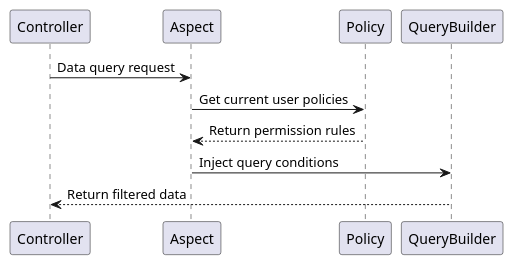
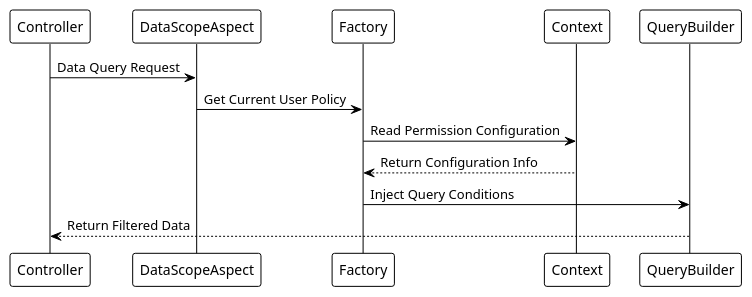
Before and after one commit to mineadmin/doc-v3: the third of 3 diagrams in docs/en/backend/data-permission/overview.md, drawn with PlantUML. The commit also changed other lines of this file and 225 other files, not shown here.

````diff
--- a/docs/en/backend/data-permission/overview.md
+++ b/docs/en/backend/data-permission/overview.md
@@ -82,14 +307,18 @@
-```plantuml  
-@startuml  
-participant Controller  
-participant Aspect  
-participant Policy  
-participant QueryBuilder  
+```plantuml
+@startuml
+!theme plain
 
-Controller -> Aspect: Data query request  
-Aspect -> Policy: Get current user policies  
-Policy --> Aspect: Return permission rules  
-Aspect -> QueryBuilder: Inject query conditions  
-QueryBuilder --> Controller: Return filtered data  
-@enduml  
+participant Controller
+participant DataScopeAspect  
+participant Factory
+participant Context
+participant QueryBuilder
+
+Controller -> DataScopeAspect: Data Query Request
+DataScopeAspect -> Factory: Get Current User Policy
+Factory -> Context: Read Permission Configuration
+Context --> Factory: Return Configuration Info
+Factory -> QueryBuilder: Inject Query Conditions
+QueryBuilder --> Controller: Return Filtered Data
+@enduml
 ```
````
